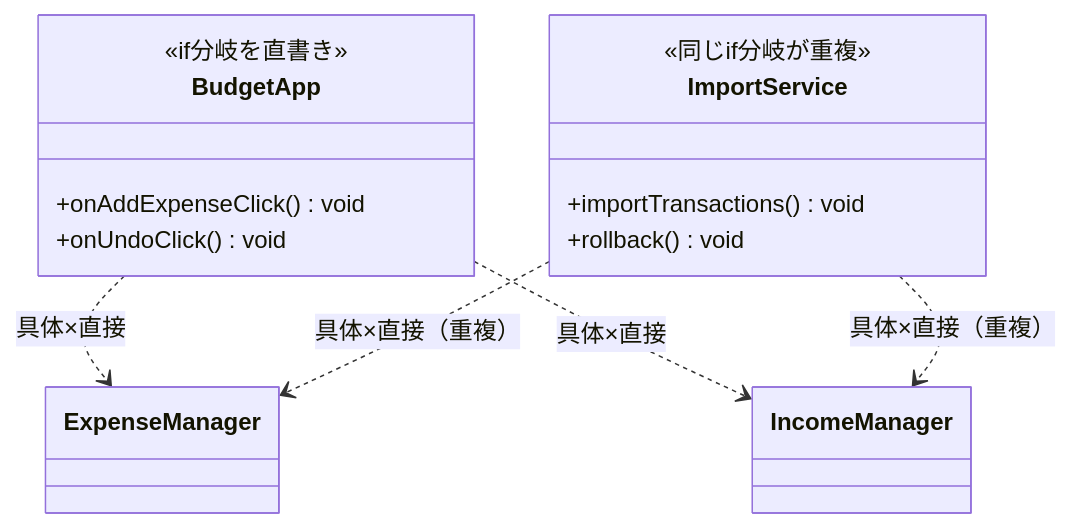
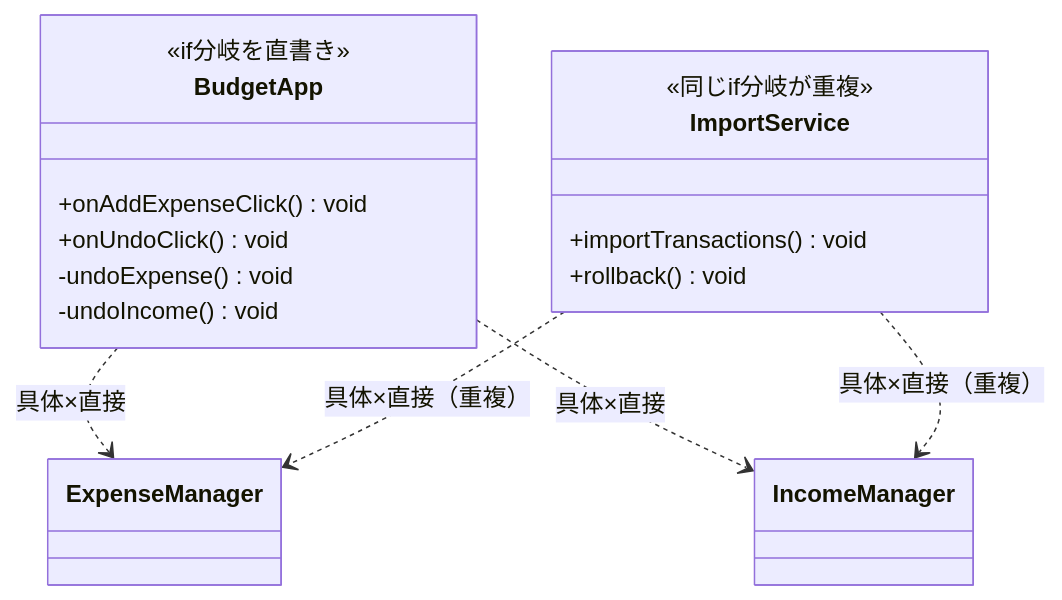
The fourth of 10 diagrams in kindle/design-patterns/output/chapter05.md (kumachan1101-pixel/DesignPattern), drawn with Mermaid before and after one commit. The commit also changed other lines of this file and 1 other file, not shown here.

````diff
--- a/kindle/design-patterns/output/chapter05.md
+++ b/kindle/design-patterns/output/chapter05.md
@@ -434,17 +436,19 @@
 ```mermaid
 classDiagram
     class BudgetApp {
         <<if分岐を直書き>>
         +onAddExpenseClick() void
         +onUndoClick() void
+        -undoExpense() void
+        -undoIncome() void
     }
     class ImportService {
         <<同じif分岐が重複>>
         +importTransactions() void
         +rollback() void
     }
     BudgetApp ..> ExpenseManager : 具体×直接
     BudgetApp ..> IncomeManager : 具体×直接
     ImportService ..> ExpenseManager : 具体×直接（重複）
     ImportService ..> IncomeManager : 具体×直接（重複）
 ```
````
